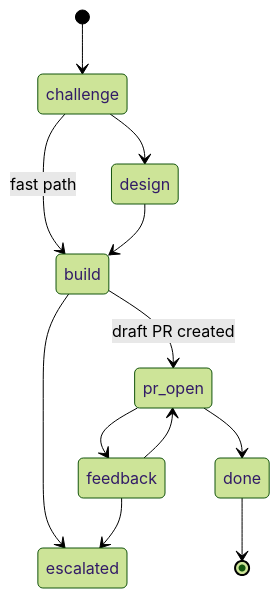
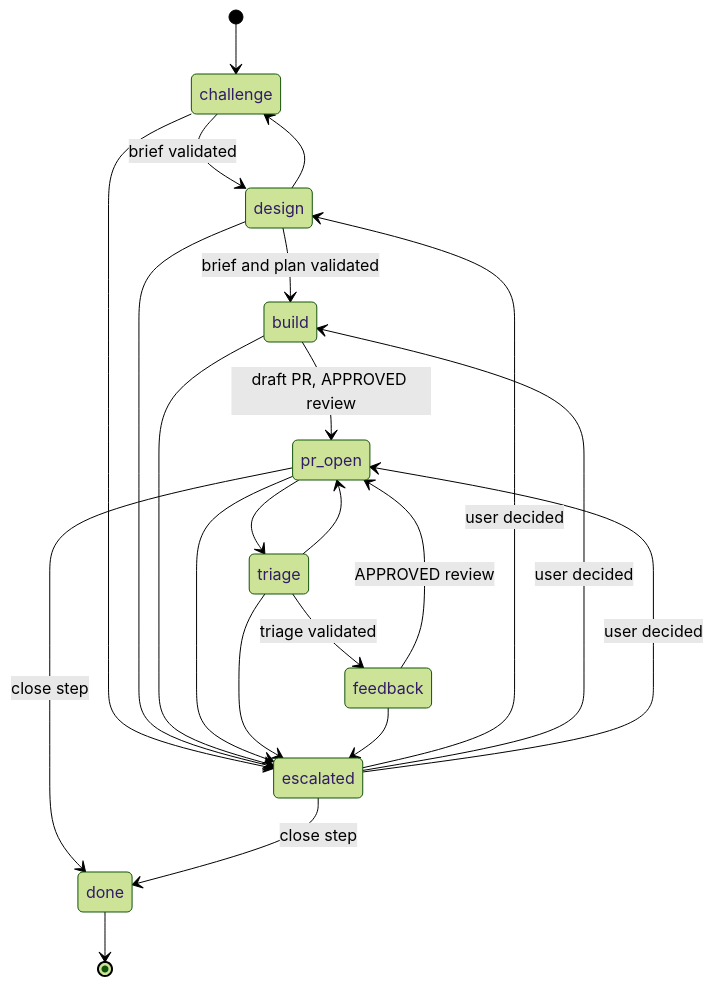
One commit to Antonin-Artaud/ai-driven-dev-harness changed the diagram in docs/architecture/data.md. Above: the diagram before and after it, drawn with Mermaid (forest theme). The commit also changed other lines of this file and 62 other files, not shown here.

````diff
--- a/docs/architecture/data.md
+++ b/docs/architecture/data.md
@@ -39,14 +50,24 @@
 ```mermaid
 stateDiagram-v2
   [*] --> challenge
-  challenge --> design
-  challenge --> build: fast path
-  design --> build
-  build --> pr_open: draft PR created
-  pr_open --> feedback
-  feedback --> pr_open
-  pr_open --> done
+  challenge --> design: brief validated
+  design --> challenge
+  design --> build: brief and plan validated
+  build --> pr_open: draft PR, APPROVED review
+  pr_open --> triage
+  triage --> feedback: triage validated
+  triage --> pr_open
+  feedback --> pr_open: APPROVED review
+  challenge --> escalated
+  design --> escalated
   build --> escalated
+  pr_open --> escalated
+  triage --> escalated
   feedback --> escalated
+  escalated --> design: user decided
+  escalated --> build: user decided
+  escalated --> pr_open: user decided
+  pr_open --> done: close step
+  escalated --> done: close step
   done --> [*]
 ```
````
